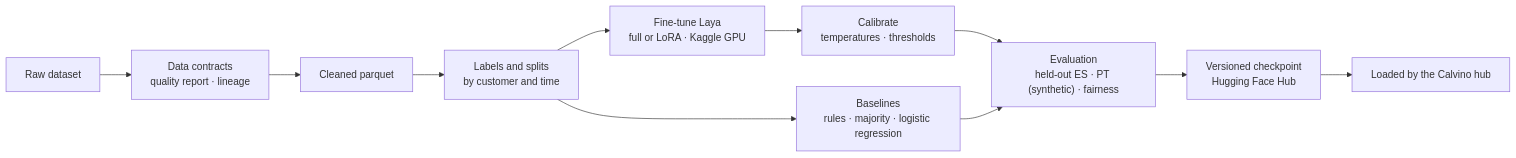
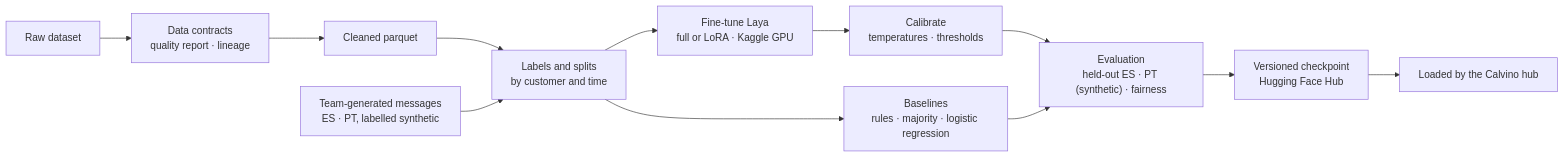
Before and after one commit to moebious/factored-hackathon-2026-calvino: the second of 2 diagrams in docs/DESIGN.md, drawn with Mermaid. The commit also changed other lines of this file and 11 other files, not shown here.

First line of the commit message:
docs: use team-generated classifier text instead of transcripts

````diff
--- a/docs/DESIGN.md
+++ b/docs/DESIGN.md
@@ -155,10 +155,11 @@
 ```mermaid
 flowchart LR
     RAW["Raw dataset"] --> CON["Data contracts<br/>quality report · lineage"] --> CLEAN["Cleaned parquet"]
     CLEAN --> LAB["Labels and splits<br/>by customer and time"]
+    MSG["Team-generated messages<br/>ES · PT, labelled synthetic"] --> LAB
     LAB --> FT["Fine-tune Laya<br/>full or LoRA · Kaggle GPU"]
     LAB --> BASE["Baselines<br/>rules · majority · logistic regression"]
     FT --> CAL["Calibrate<br/>temperatures · thresholds"]
     CAL & BASE --> EVAL["Evaluation<br/>held-out ES · PT (synthetic) · fairness"]
     EVAL --> REG["Versioned checkpoint<br/>Hugging Face Hub"] --> HUBREF["Loaded by the Calvino hub"]
 ```
````
